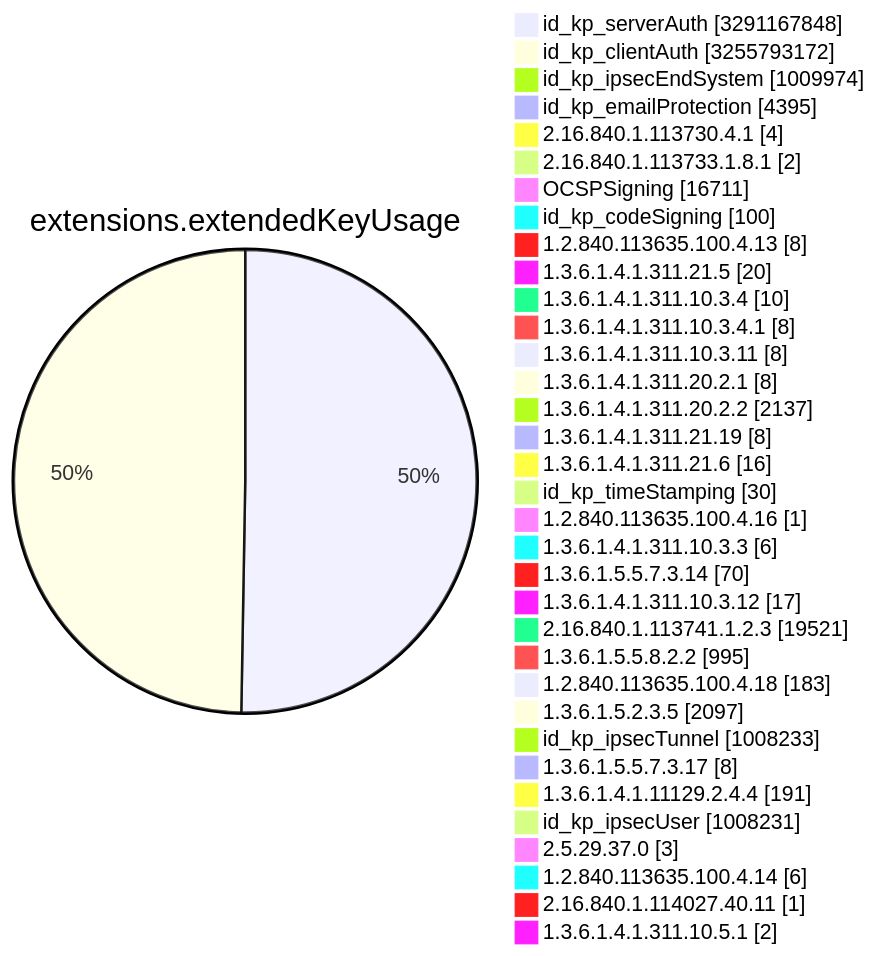
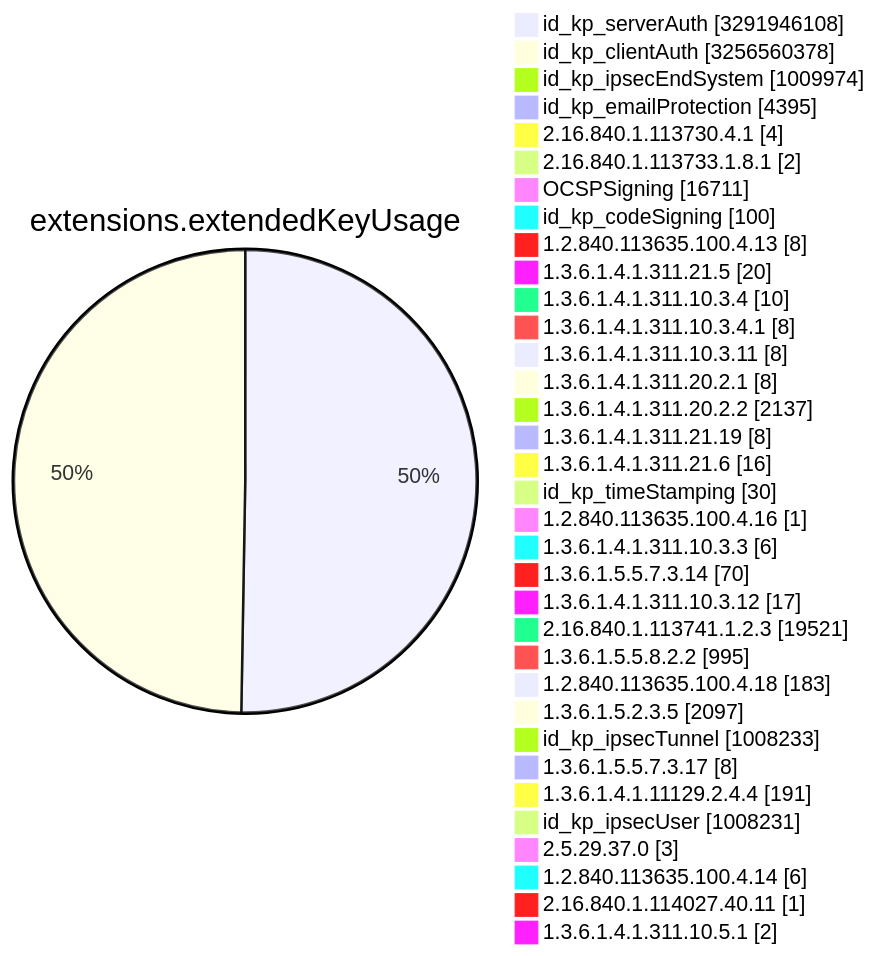
One commit to christiankrug/ctmonitor_visualization changed diagram 11 of 15 in TOTAL/README.md. Above: the diagram before and after it, drawn with Mermaid. The commit also changed other lines of this file, not shown here.

````diff
--- a/TOTAL/README.md
+++ b/TOTAL/README.md
@@ -4120,38 +4120,38 @@
 ```mermaid
 pie showData
 title extensions.extendedKeyUsage
-"id_kp_serverAuth" :3291167848
-"id_kp_clientAuth" :3255793172
+"id_kp_serverAuth" :3291946108
+"id_kp_clientAuth" :3256560378
 "id_kp_ipsecEndSystem" :1009974
 "id_kp_emailProtection" :4395
 "2.16.840.1.113730.4.1" :4
 "2.16.840.1.113733.1.8.1" :2
 "OCSPSigning" :16711
 "id_kp_codeSigning" :100
 "1.2.840.113635.100.4.13" :8
 "1.3.6.1.4.1.311.21.5" :20
 "1.3.6.1.4.1.311.10.3.4" :10
 "1.3.6.1.4.1.311.10.3.4.1" :8
 "1.3.6.1.4.1.311.10.3.11" :8
 "1.3.6.1.4.1.311.20.2.1" :8
 "1.3.6.1.4.1.311.20.2.2" :2137
 "1.3.6.1.4.1.311.21.19" :8
 "1.3.6.1.4.1.311.21.6" :16
 "id_kp_timeStamping" :30
 "1.2.840.113635.100.4.16" :1
 "1.3.6.1.4.1.311.10.3.3" :6
 "1.3.6.1.5.5.7.3.14" :70
 "1.3.6.1.4.1.311.10.3.12" :17
 "2.16.840.1.113741.1.2.3" :19521
 "1.3.6.1.5.5.8.2.2" :995
 "1.2.840.113635.100.4.18" :183
 "1.3.6.1.5.2.3.5" :2097
 "id_kp_ipsecTunnel" :1008233
 "1.3.6.1.5.5.7.3.17" :8
 "1.3.6.1.4.1.11129.2.4.4" :191
 "id_kp_ipsecUser" :1008231
 "2.5.29.37.0" :3
 "1.2.840.113635.100.4.14" :6
 "2.16.840.1.114027.40.11" :1
 "1.3.6.1.4.1.311.10.5.1" :2
 ```
````
